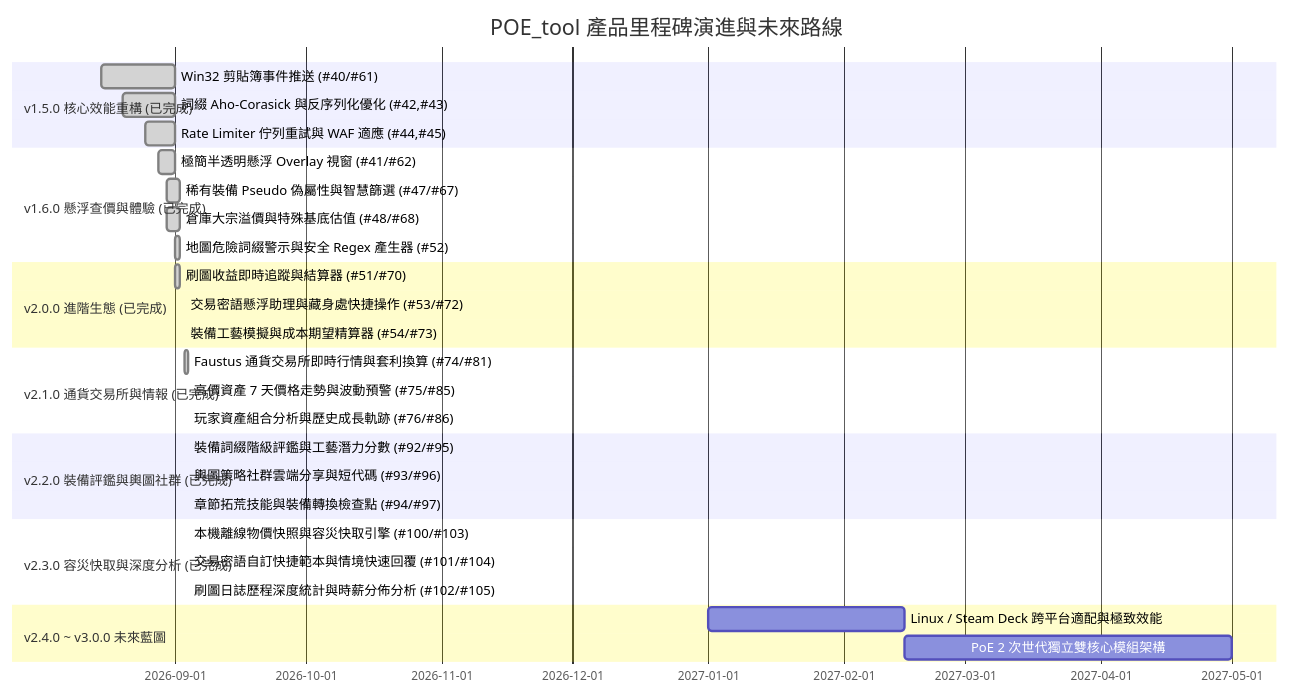
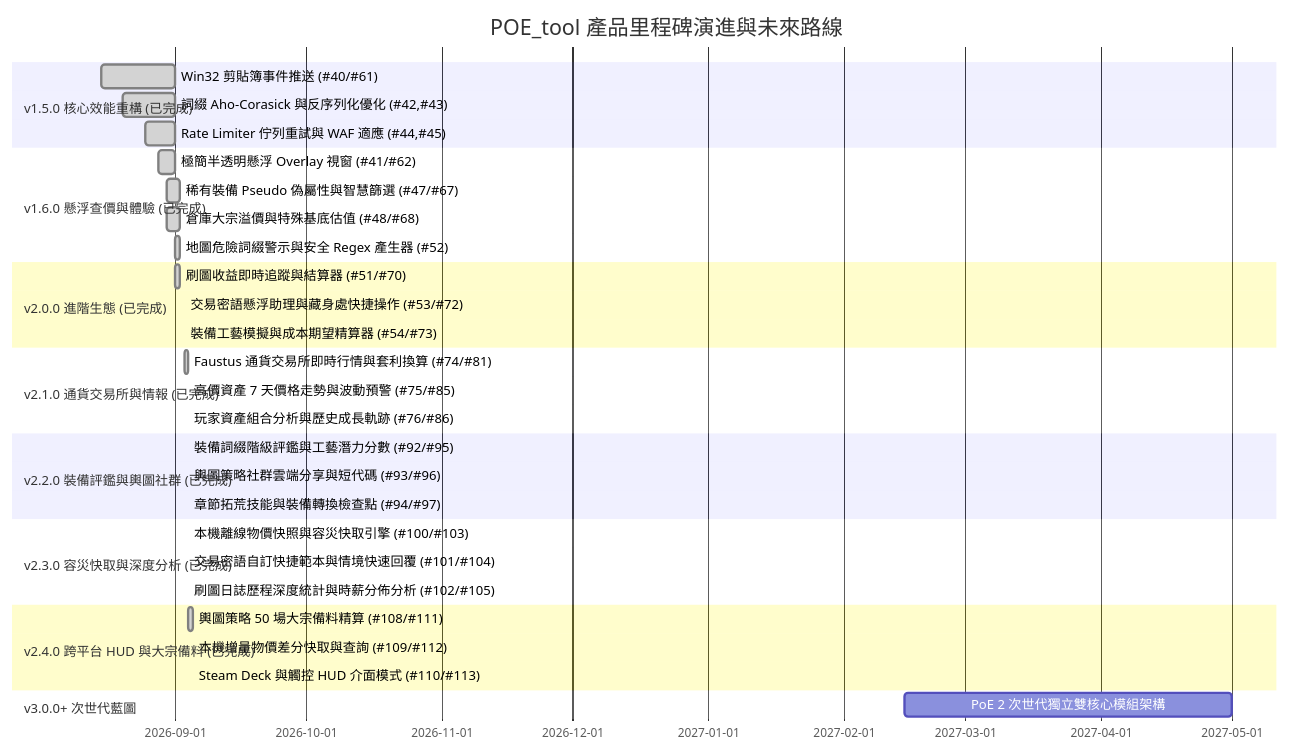
Before and after one commit to saijo0404/POE-tool: the diagram in ROADMAP.md, drawn with Mermaid. The commit also changed other lines of this file and 5 other files, not shown here.

````diff
--- a/ROADMAP.md
+++ b/ROADMAP.md
@@ -50,33 +50,36 @@
 ```mermaid
 gantt
     title POE_tool 產品里程碑演進與未來路線
     dateFormat  YYYY-MM-DD
     section v1.5.0 核心效能重構 (已完成)
     Win32 剪貼簿事件推送 (#40/#61)           :done,    m1_1, 2026-08-15, 2026-09-01
     詞綴 Aho-Corasick 與反序列化優化 (#42,#43) :done,    m1_2, 2026-08-20, 2026-09-01
     Rate Limiter 佇列重試與 WAF 適應 (#44,#45)  :done,    m1_3, 2026-08-25, 2026-09-01
     section v1.6.0 懸浮查價與體驗 (已完成)
     極簡半透明懸浮 Overlay 視窗 (#41/#62)     :done,    m2_1, 2026-08-28, 2026-09-01
     稀有裝備 Pseudo 偽屬性與智慧篩選 (#47/#67) :done,    m2_2, 2026-08-30, 2026-09-02
     倉庫大宗溢價與特殊基底估值 (#48/#68)      :done,    m2_3, 2026-08-30, 2026-09-02
     地圖危險詞綴警示與安全 Regex 產生器 (#52)  :done,    m2_4, 2026-09-01, 2026-09-02
     section v2.0.0 進階生態 (已完成)
     刷圖收益即時追蹤與結算器 (#51/#70)        :done,    m3_1, 2026-09-01, 2026-09-02
     交易密語懸浮助理與藏身處快捷操作 (#53/#72) :done,    m3_2, 2026-09-03, 2026-09-03
     裝備工藝模擬與成本期望精算器 (#54/#73)     :done,    m3_3, 2026-09-03, 2026-09-03
     section v2.1.0 通貨交易所與情報 (已完成)
     Faustus 通貨交易所即時行情與套利換算 (#74/#81) :done,    m4_1, 2026-09-03, 2026-09-04
     高價資產 7 天價格走勢與波動預警 (#75/#85)     :done,    m4_2, 2026-09-04, 2026-09-04
     玩家資產組合分析與歷史成長軌跡 (#76/#86)       :done,    m4_3, 2026-09-04, 2026-09-04
     section v2.2.0 裝備評鑑與輿圖社群 (已完成)
     裝備詞綴階級評鑑與工藝潛力分數 (#92/#95)     :done,    m5_1, 2026-09-04, 2026-09-04
     輿圖策略社群雲端分享與短代碼 (#93/#96)       :done,    m5_2, 2026-09-04, 2026-09-04
     章節拓荒技能與裝備轉換檢查點 (#94/#97)       :done,    m5_3, 2026-09-04, 2026-09-04
     section v2.3.0 容災快取與深度分析 (已完成)
     本機離線物價快照與容災快取引擎 (#100/#103)    :done,    m6_1, 2026-09-04, 2026-09-04
     交易密語自訂快捷範本與情境快速回覆 (#101/#104) :done,    m6_2, 2026-09-04, 2026-09-04
     刷圖日誌歷程深度統計與時薪分佈分析 (#102/#105) :done,    m6_3, 2026-09-04, 2026-09-04
-    section v2.4.0 ~ v3.0.0 未來藍圖
-    Linux / Steam Deck 跨平台適配與極致效能      :         m7_1, 2027-01-01, 2027-02-15
+    section v2.4.0 跨平台 HUD 與大宗備料 (已完成)
+    輿圖策略 50 場大宗備料精算 (#108/#111)       :done,    m7_1, 2026-09-04, 2026-09-05
+    本機增量物價差分快取與查詢 (#109/#112)       :done,    m7_2, 2026-09-05, 2026-09-05
+    Steam Deck 與觸控 HUD 介面模式 (#110/#113)  :done,    m7_3, 2026-09-05, 2026-09-05
+    section v3.0.0+ 次世代藍圖
     PoE 2 次世代獨立雙核心模組架構           :         m8_1, 2027-02-15, 2027-05-01
 ```
````
